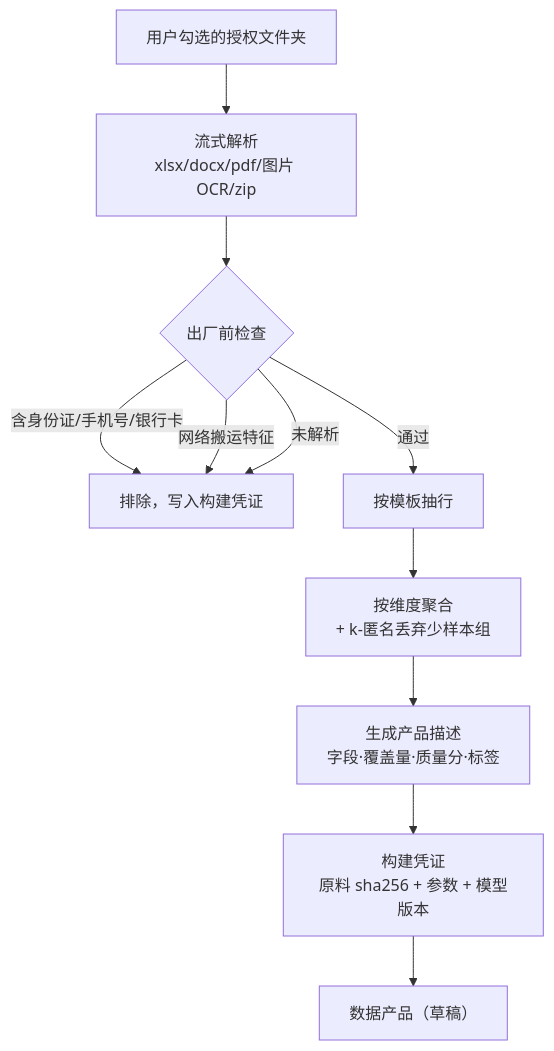
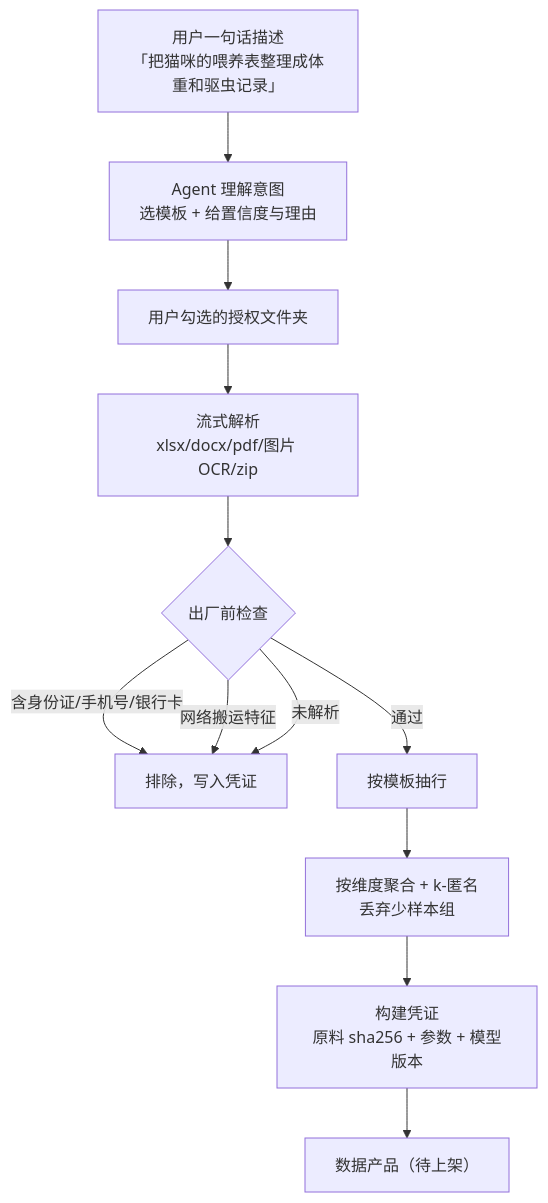
Before and after one commit to PanheadGG/agora-drive: the second of 3 diagrams in README.md, drawn with Mermaid. The commit also changed other lines of this file and 13 other files, not shown here.

````diff
--- a/README.md
+++ b/README.md
@@ -26,13 +22,14 @@
 ```mermaid
 flowchart TD
-    F["用户勾选的授权文件夹"] --> P1["流式解析<br/>xlsx/docx/pdf/图片 OCR/zip"]
+    D["用户一句话描述<br/>「把猫咪的喂养表整理成体重和驱虫记录」"] --> I["Agent 理解意图<br/>选模板 + 给置信度与理由"]
+    I --> F["用户勾选的授权文件夹"]
+    F --> P1["流式解析<br/>xlsx/docx/pdf/图片 OCR/zip"]
     P1 --> G{"出厂前检查"}
-    G -->|"含身份证/手机号/银行卡"| X["排除，写入构建凭证"]
+    G -->|"含身份证/手机号/银行卡"| X["排除，写入凭证"]
     G -->|"网络搬运特征"| X
     G -->|"未解析"| X
     G -->|"通过"| T["按模板抽行"]
-    T --> AG["按维度聚合<br/>+ k-匿名丢弃少样本组"]
-    AG --> D["生成产品描述<br/>字段·覆盖量·质量分·标签"]
-    D --> R["构建凭证<br/>原料 sha256 + 参数 + 模型版本"]
-    R --> PR["数据产品（草稿）"]
+    T --> AG["按维度聚合 + k-匿名<br/>丢弃少样本组"]
+    AG --> R["构建凭证<br/>原料 sha256 + 参数 + 模型版本"]
+    R --> PR["数据产品（待上架）"]
 ```
````
